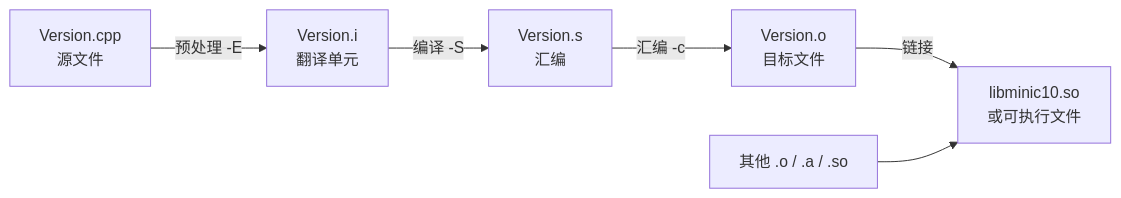
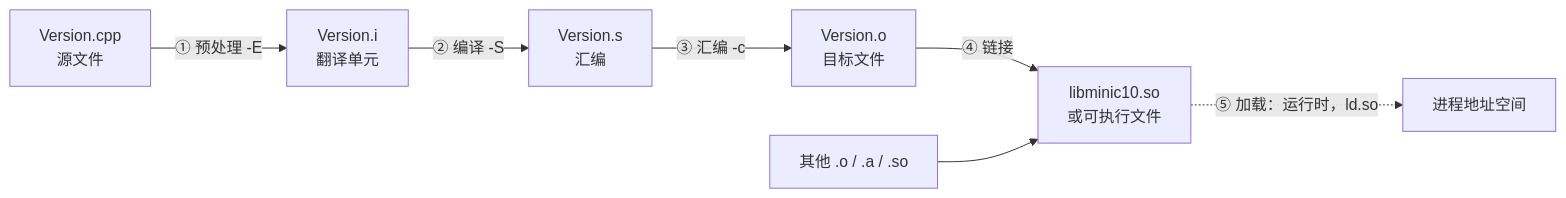
The first of 4 diagrams in _posts/2026-02-04-cpp-compilation-model-and-project-layout.md (arganzheng/arganzheng.github.com), drawn with Mermaid before and after one commit. The commit also changed other lines of this file and 9 other files, not shown here.

First line of the commit message:
按划线评论修订 Infra 02 C++：编译模型篇补图补解释、实践一改为真实运行、去「本机」

````diff
--- a/_posts/2026-02-04-cpp-compilation-model-and-project-layout.md
+++ b/_posts/2026-02-04-cpp-compilation-model-and-project-layout.md
@@ -78,8 +78,9 @@
 ```mermaid
 flowchart LR
-    SRC[Version.cpp<br/>源文件] -->|预处理 -E| I[Version.i<br/>翻译单元]
-    I -->|编译 -S| S[Version.s<br/>汇编]
-    S -->|汇编 -c| O[Version.o<br/>目标文件]
-    O -->|链接| OUT[libminic10.so<br/>或可执行文件]
+    SRC[Version.cpp<br/>源文件] -->|① 预处理 -E| I[Version.i<br/>翻译单元]
+    I -->|② 编译 -S| S[Version.s<br/>汇编]
+    S -->|③ 汇编 -c| O[Version.o<br/>目标文件]
+    O -->|④ 链接| OUT[libminic10.so<br/>或可执行文件]
     OTHER[其他 .o / .a / .so] --> OUT
+    OUT -.->|⑤ 加载：运行时，ld.so| RUN[进程地址空间]
 ```
````
